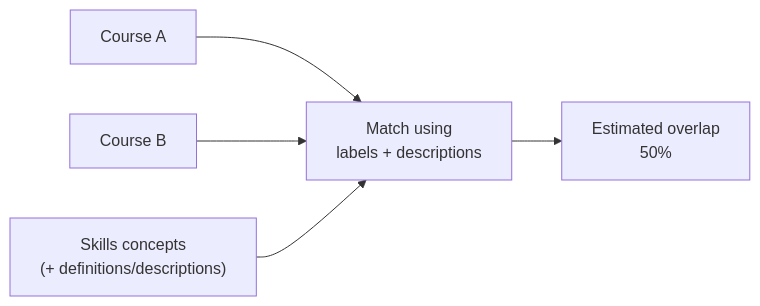
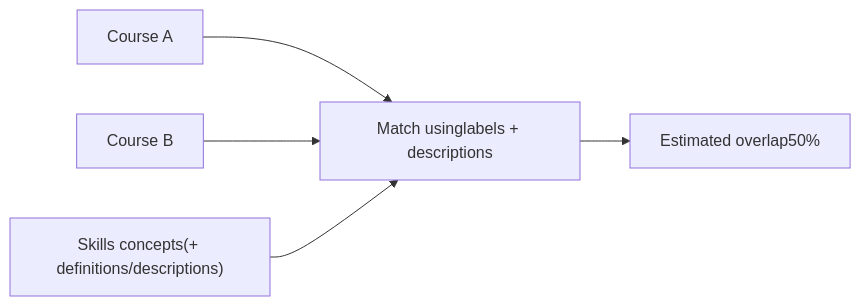
One commit to leskneebone/skills-SPARQL changed diagram 14 of 18 in reports/creditTransfer.md. Above: the diagram before and after it, drawn with Mermaid. The commit also changed other lines of this file, not shown here.

````diff
--- a/reports/creditTransfer.md
+++ b/reports/creditTransfer.md
@@ -148,7 +148,7 @@
 ```mermaid
 flowchart LR
-  A["Course A"] --> M["Match using\nlabels + descriptions"]
+  A["Course A"] --> M["Match usinglabels + descriptions"]
   B["Course B"] --> M
-  S["Skills concepts\n(+ definitions/descriptions)"] --> M
-  M --> O["Estimated overlap\n50%"]
+  S["Skills concepts(+ definitions/descriptions)"] --> M
+  M --> O["Estimated overlap50%"]
 ```
````
